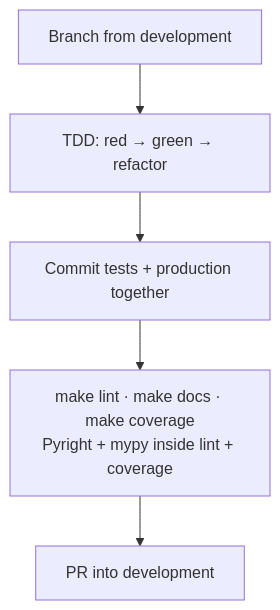
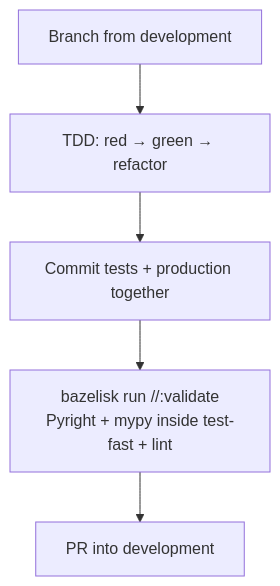
One commit to toxicoder/ez-comfy-stack changed the first of 2 diagrams in CONTRIBUTING.md. Above: the diagram before and after it, drawn with Mermaid. The commit also changed other lines of this file and 64 other files, not shown here.

First line of the commit message:
feat: adopt bazel-first test, lint, and docs entry points

````diff
--- a/CONTRIBUTING.md
+++ b/CONTRIBUTING.md
@@ -26,7 +26,7 @@
 ```mermaid
 flowchart TB
   A["Branch from development"] --> B["TDD: red → green → refactor"]
   B --> C["Commit tests + production together"]
-  C --> D["make lint · make docs · make coverage<br/>Pyright + mypy inside lint + coverage"]
+  C --> D["bazelisk run //:validate<br/>Pyright + mypy inside test-fast + lint"]
   D --> E["PR into development"]
 ```
````
